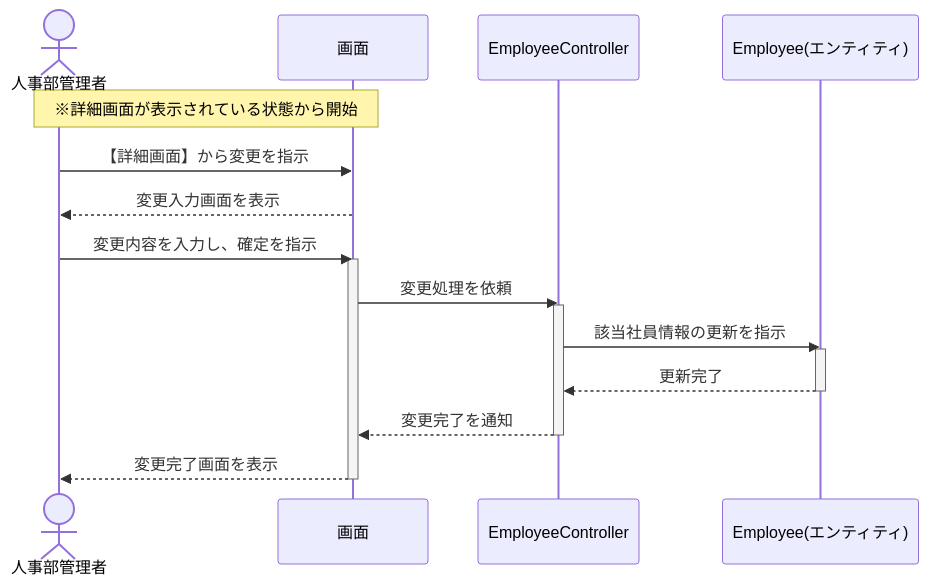
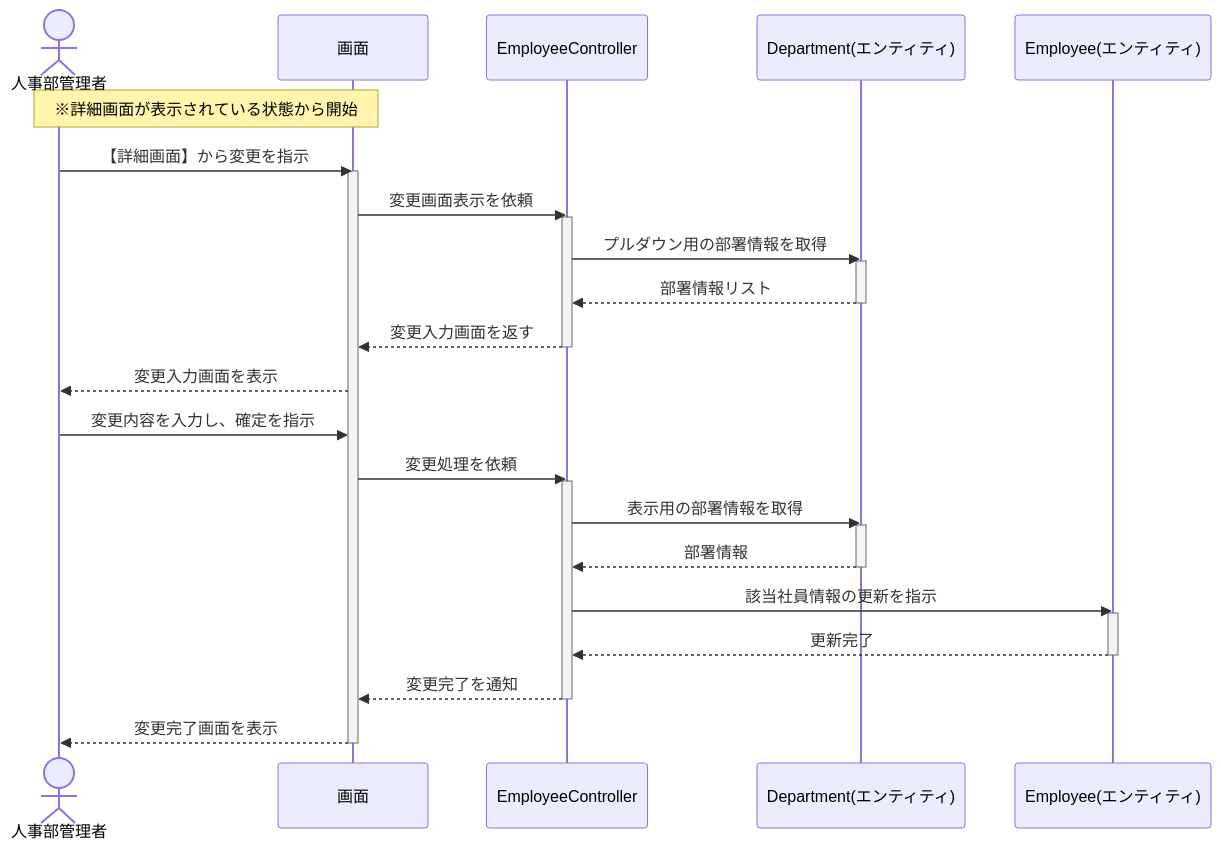
One commit to juyeongjung1/NewEIMS changed the tenth of 21 diagrams in EIMS_Comprehensive_Exercise_Guide.md. Above: the diagram before and after it, drawn with Mermaid. The commit also changed other lines of this file, not shown here.

Commit message:
全画面における「部署一覧取得フロー」を仕様書、UIフロー、および分析シーケンス図へ反映

````diff
--- a/EIMS_Comprehensive_Exercise_Guide.md
+++ b/EIMS_Comprehensive_Exercise_Guide.md
@@ -796,26 +820,41 @@
 ```mermaid
 sequenceDiagram
     actor Admin as 人事部管理者
     participant UI as 画面
     participant Ctrl as EmployeeController
+    participant Dept as Department(エンティティ)
     participant Emp as Employee(エンティティ)
 
     note over Admin, UI: ※詳細画面が表示されている状態から開始
     Admin ->> UI: 【詳細画面】から変更を指示
+    activate UI
+    UI ->> Ctrl: 変更画面表示を依頼
+    activate Ctrl
+    Ctrl ->> Dept: プルダウン用の部署情報を取得
+    activate Dept
+    Dept -->> Ctrl: 部署情報リスト
+    deactivate Dept
+    Ctrl -->> UI: 変更入力画面を返す
+    deactivate Ctrl
     UI -->> Admin: 変更入力画面を表示
+    
     Admin ->> UI: 変更内容を入力し、確定を指示
-    activate UI
     UI ->> Ctrl: 変更処理を依頼
     activate Ctrl
+    
+    Ctrl ->> Dept: 表示用の部署情報を取得
+    activate Dept
+    Dept -->> Ctrl: 部署情報
+    deactivate Dept
     
     Ctrl ->> Emp: 該当社員情報の更新を指示
     activate Emp
     Emp -->> Ctrl: 更新完了
     deactivate Emp
     
     Ctrl -->> UI: 変更完了を通知
     deactivate Ctrl
     
     UI -->> Admin: 変更完了画面を表示
     deactivate UI
 ```
````
